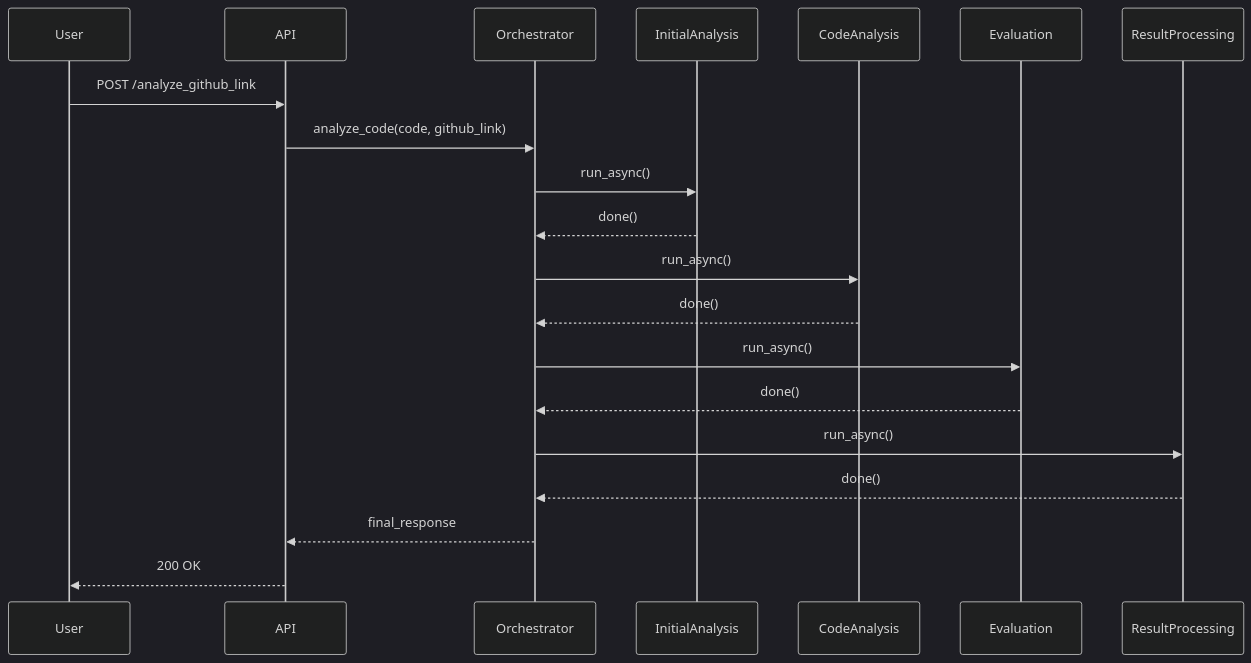
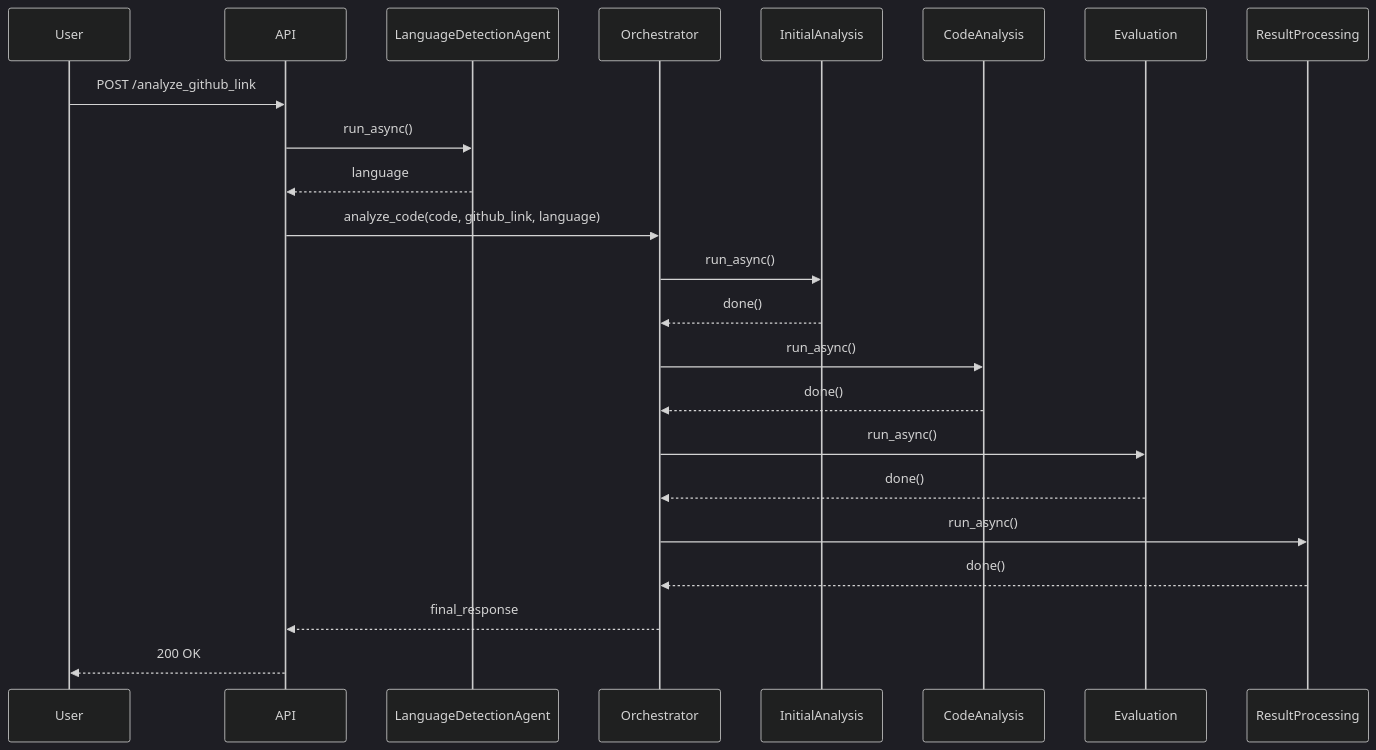
The second of 2 diagrams in docs/TECHNICAL_DESIGN.md (joeshirey/HealthScoringAgent), drawn with Mermaid (dark theme) before and after one commit. The commit also changed other lines of this file and 1 other file, not shown here.

Commit message:
feat: implement dynamic language detection

````diff
--- a/docs/TECHNICAL_DESIGN.md
+++ b/docs/TECHNICAL_DESIGN.md
@@ -45,23 +46,26 @@
 ```mermaid
 sequenceDiagram
     participant User
     participant API
+    participant LanguageDetectionAgent
     participant Orchestrator
     participant InitialAnalysis
     participant CodeAnalysis
     participant Evaluation
     participant ResultProcessing
 
     User->>API: POST /analyze_github_link
-    API->>Orchestrator: analyze_code(code, github_link)
+    API->>LanguageDetectionAgent: run_async()
+    LanguageDetectionAgent-->>API: language
+    API->>Orchestrator: analyze_code(code, github_link, language)
     Orchestrator->>InitialAnalysis: run_async()
     InitialAnalysis-->>Orchestrator: done()
     Orchestrator->>CodeAnalysis: run_async()
     CodeAnalysis-->>Orchestrator: done()
     Orchestrator->>Evaluation: run_async()
     Evaluation-->>Orchestrator: done()
     Orchestrator->>ResultProcessing: run_async()
     ResultProcessing-->>Orchestrator: done()
     Orchestrator-->>API: final_response
     API-->>User: 200 OK
 ```
````
